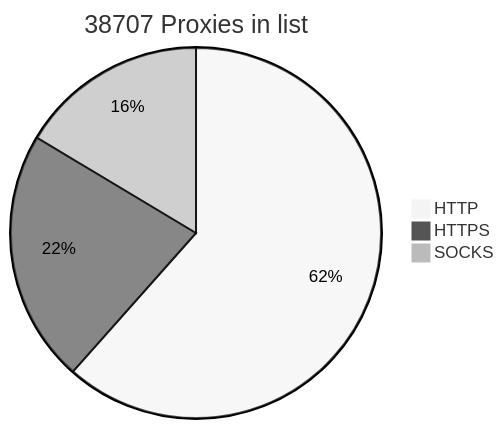
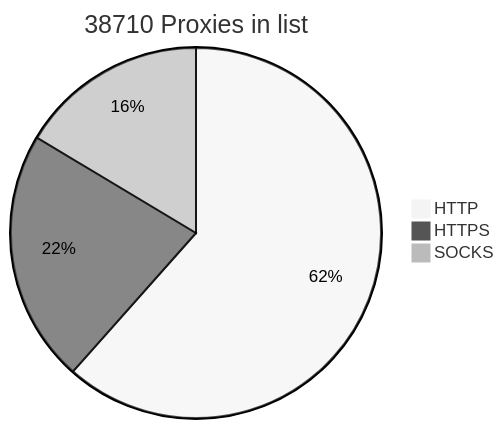
The diagram in README.md (BlackSnowDot/proxylist-update-every-minute), drawn with Mermaid (neutral theme) before and after one commit.

````diff
--- a/README.md
+++ b/README.md
@@ -2,6 +2,6 @@
 ```mermaid
-pie title 38707 Proxies in list
-    "HTTP" : 27991
+pie title 38710 Proxies in list
+    "HTTP" : 27993
     "HTTPS": 10017
-    "SOCKS" : 7459
+    "SOCKS" : 7460
 ```
````
